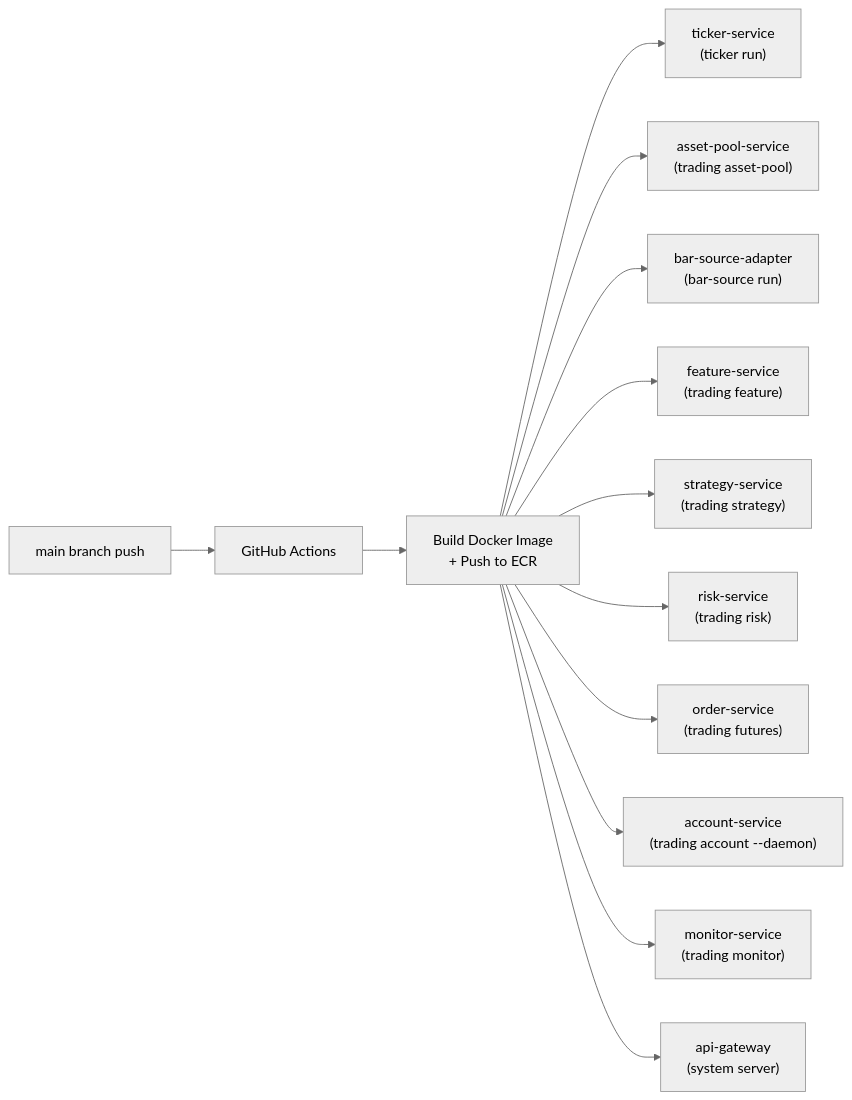
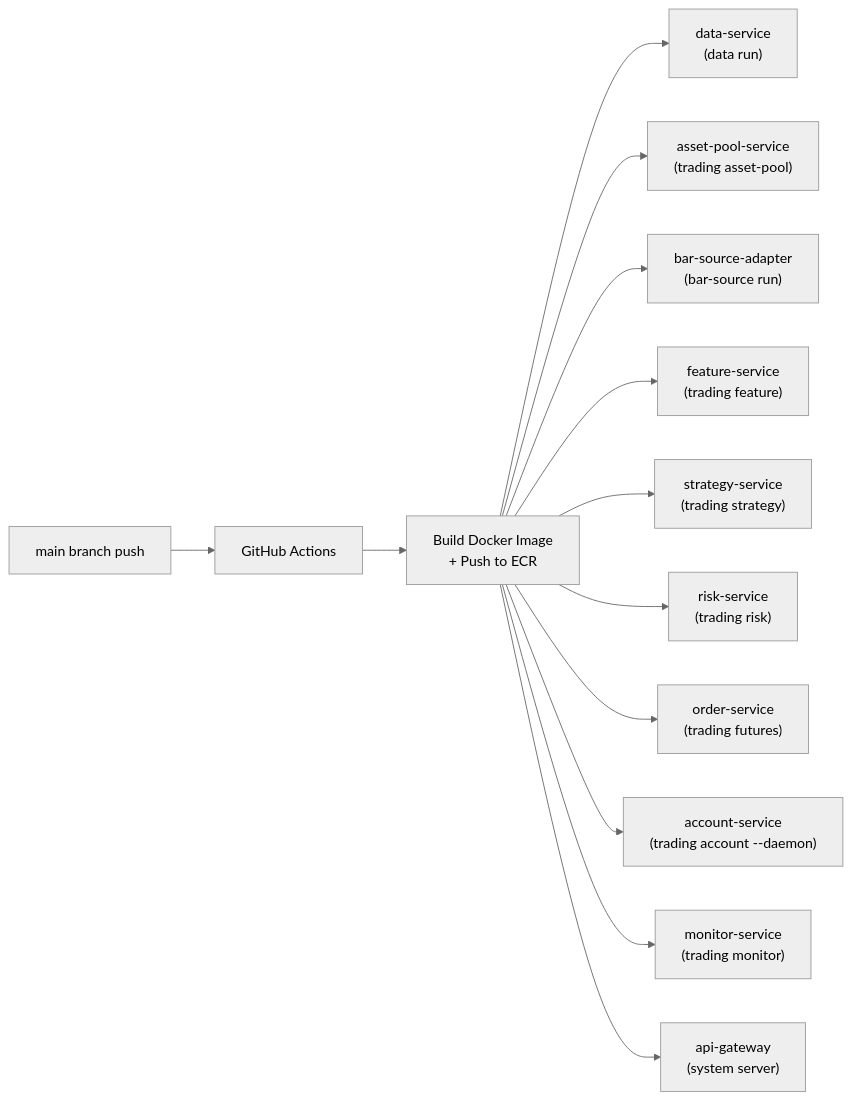
One commit to DragonQuantt/docs changed the fourth of 5 diagrams in content/architecture/index.md. Above: the diagram before and after it, drawn with Mermaid (neutral theme). The commit also changed other lines of this file and 3 other files, not shown here.

Commit message:
Refactor documentation to replace TickerService with DataService.

````diff
--- a/content/architecture/index.md
+++ b/content/architecture/index.md
@@ -1018,15 +1029,15 @@
 ```mermaid
 flowchart LR
     Push["main branch push"] --> GHA["GitHub Actions"]
     GHA --> Build["Build Docker Image\n+ Push to ECR"]
-    Build --> D1["ticker-service\n(ticker run)"]
+    Build --> D1["data-service\n(data run)"]
     Build --> D2["asset-pool-service\n(trading asset-pool)"]
     Build --> D3["bar-source-adapter\n(bar-source run)"]
     Build --> D4["feature-service\n(trading feature)"]
     Build --> D5["strategy-service\n(trading strategy)"]
     Build --> D6["risk-service\n(trading risk)"]
     Build --> D7["order-service\n(trading futures)"]
     Build --> D8["account-service\n(trading account --daemon)"]
     Build --> D9["monitor-service\n(trading monitor)"]
     Build --> D10["api-gateway\n(system server)"]
 ```
````
